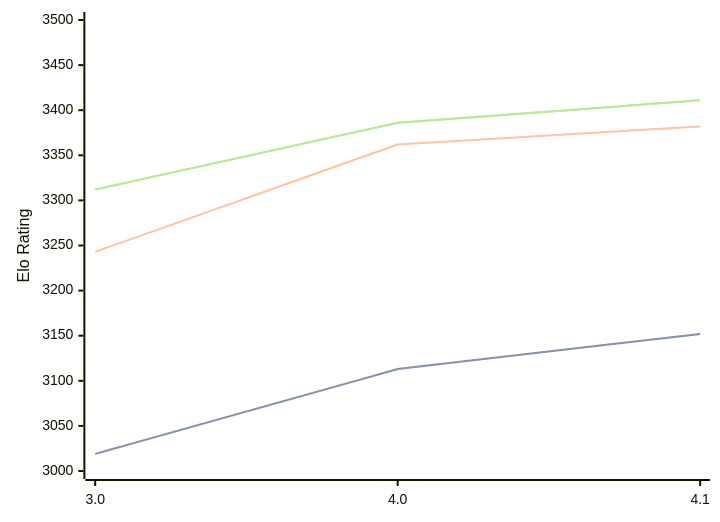
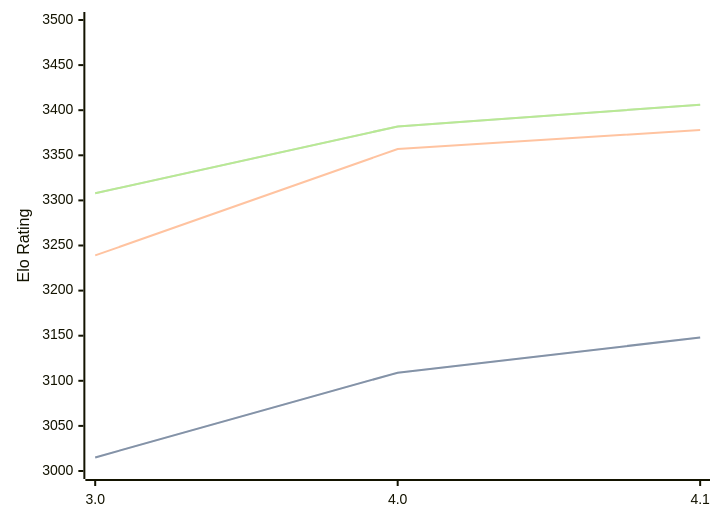
The first of 3 diagrams in engines/Eleanor.md (computer-chess-index/cci), drawn with Mermaid before and after one commit. The commit also changed other lines of this file, not shown here.

Commit message:
Update CCI Ratings (ELO VLTC) - 2026-07-16

````diff
--- a/engines/Eleanor.md
+++ b/engines/Eleanor.md
@@ -35,11 +35,11 @@
 ```mermaid
 %%{init: {"theme":"base","themeVariables":{"seriesColors:['#a3a3a3','#222221','#faa371']}}}%%
 xychart-beta
   x-axis ["3.0", "4.0", "4.1"]
   y-axis "Elo Rating" 3000 --> 3500
-  line "STC (8.0+0.08s)" [3019, 3113, 3152]
-  line "STC (8.0+0.08s)" [3019, 3113, 3152]
-  line "LTC (60.0+0.60s)" [3243, 3362, 3382]
-  line "VLTC (2m24s+1.12s)" [3312, 3386, 3411]
-  line "VLTC (2m24s+1.12s)" [3312, 3386, 3411]
+  line "STC (8.0+0.08s)" [3015, 3109, 3148]
+  line "STC (8.0+0.08s)" [3015, 3109, 3148]
+  line "LTC (60.0+0.60s)" [3239, 3357, 3378]
+  line "VLTC (2m24s+1.12s)" [3308, 3382, 3406]
+  line "VLTC (2m24s+1.12s)" [3308, 3382, 3406]
 ```
````
